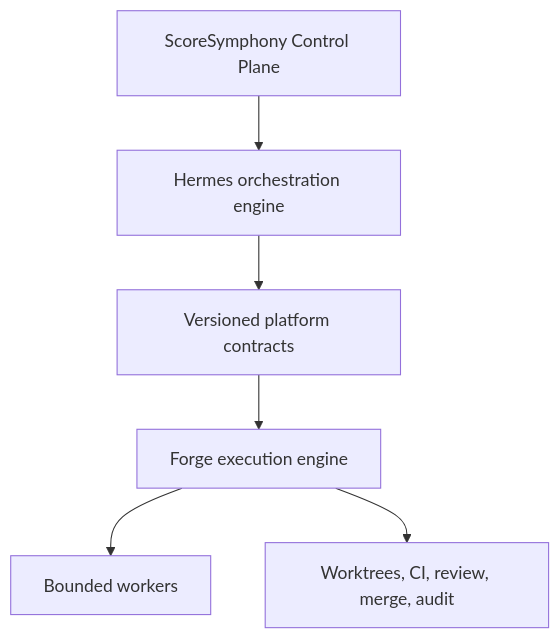
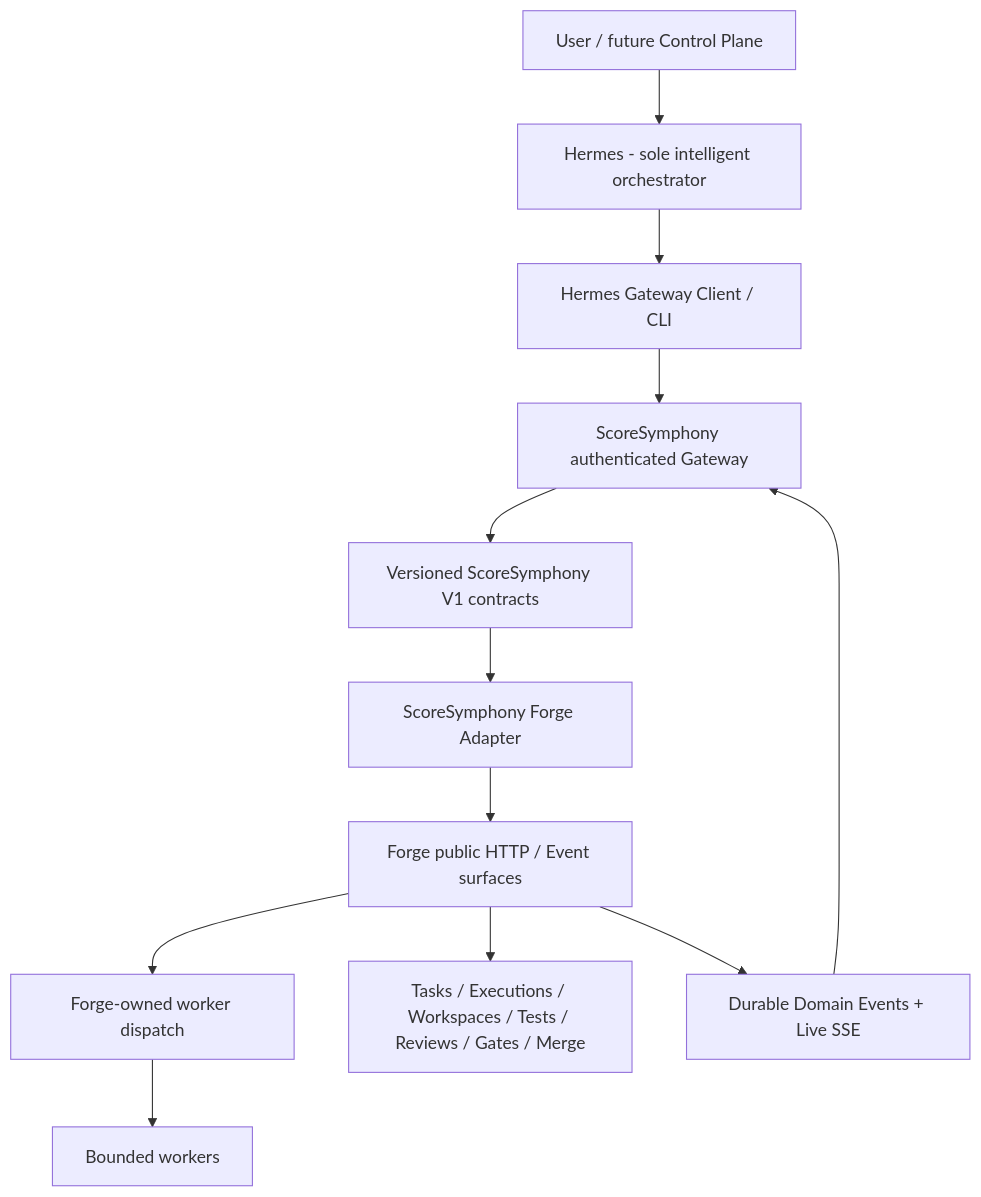
One commit to ScoreSymphony/AI-Agent-VPS changed the diagram in ARCHITECTURE.md. Above: the diagram before and after it, drawn with Mermaid. The commit also changed other lines of this file, not shown here.

Commit message:
docs: reconcile architecture with Forge lifecycle

````diff
--- a/ARCHITECTURE.md
+++ b/ARCHITECTURE.md
@@ -11,8 +16,14 @@
 ```mermaid
 flowchart TD
-    UI["ScoreSymphony Control Plane"] --> H["Hermes orchestration engine"]
-    H --> C["Versioned platform contracts"]
-    C --> F["Forge execution engine"]
-    F --> W["Bounded workers"]
-    F --> L["Worktrees, CI, review, merge, audit"]
+    U["User / future Control Plane"] --> H["Hermes - sole intelligent orchestrator"]
+    H --> HC["Hermes Gateway Client / CLI"]
+    HC --> G["ScoreSymphony authenticated Gateway"]
+    G --> V1["Versioned ScoreSymphony V1 contracts"]
+    V1 --> FA["ScoreSymphony Forge Adapter"]
+    FA --> F["Forge public HTTP / Event surfaces"]
+    F --> W["Forge-owned worker dispatch"]
+    W --> SW["Bounded workers"]
+    F --> L["Tasks / Executions / Workspaces / Tests / Reviews / Gates / Merge"]
+    F --> E["Durable Domain Events + Live SSE"]
+    E --> G
 ```
````
